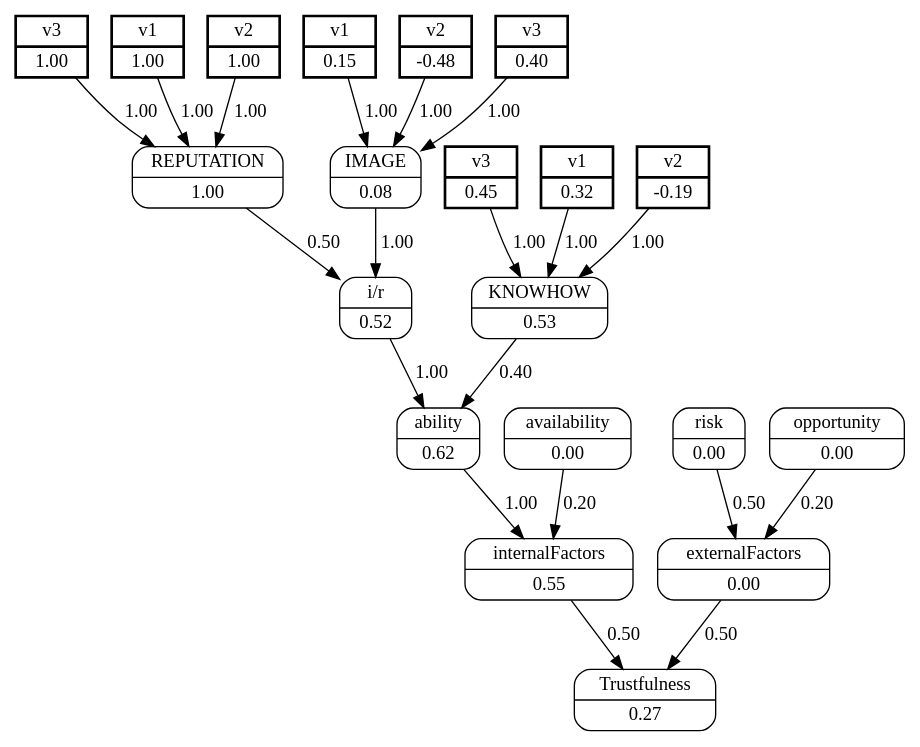
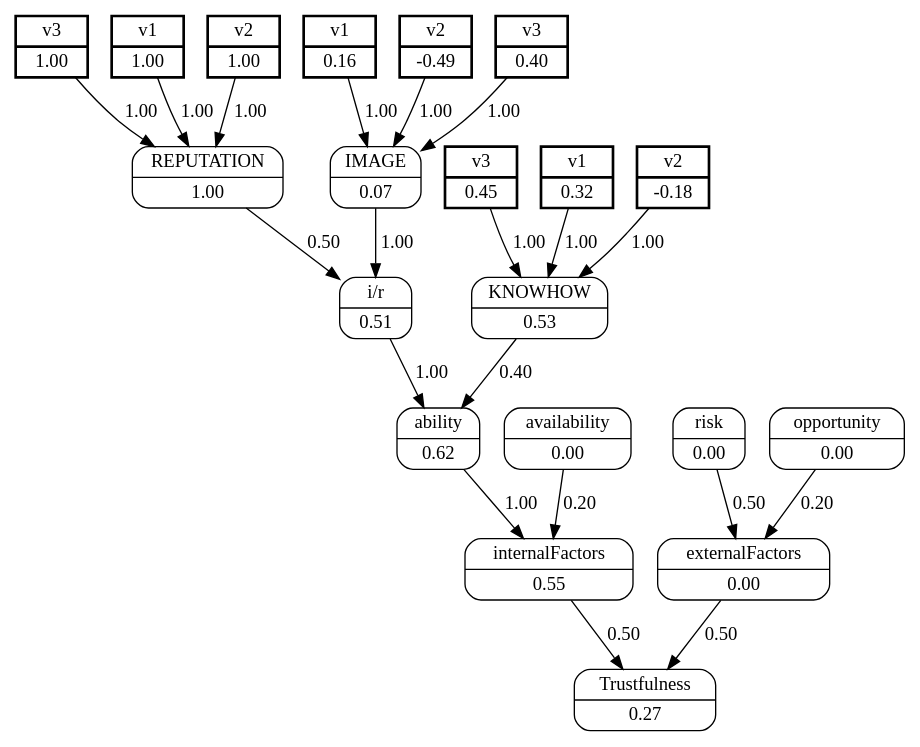
One commit to jjbaqueta/Trust-Model changed the diagram in trustExperiment/dots/ag2ag1.dot. Above: the diagram before and after it, drawn with Graphviz. The commit also changed 19 other files, not shown here.

```diff
--- a/trustExperiment/dots/ag2ag1.dot
+++ b/trustExperiment/dots/ag2ag1.dot
@@ -1,47 +1,47 @@
 digraph FCM_net{
 	node [shape=record, style=rounded]
-	11 [label="{v1 | 0.15}", style=bold, penwidth=2, peripheries=2];
-	12 [label="{v2 | -0.48}", style=bold, penwidth=2, peripheries=2];
+	11 [label="{v1 | 0.16}", style=bold, penwidth=2, peripheries=2];
+	12 [label="{v2 | -0.49}", style=bold, penwidth=2, peripheries=2];
 	13 [label="{v3 | 0.40}", style=bold, penwidth=2, peripheries=2];
 	14 [label="{v1 | 1.00}", style=bold, penwidth=2, peripheries=2];
 	15 [label="{v2 | 1.00}", style=bold, penwidth=2, peripheries=2];
 	16 [label="{v3 | 1.00}", style=bold, penwidth=2, peripheries=2];
 	17 [label="{v1 | 0.32}", style=bold, penwidth=2, peripheries=2];
-	18 [label="{v2 | -0.19}", style=bold, penwidth=2, peripheries=2];
+	18 [label="{v2 | -0.18}", style=bold, penwidth=2, peripheries=2];
 	19 [label="{v3 | 0.45}", style=bold, penwidth=2, peripheries=2];
-	0 [label="{IMAGE | 0.08}"];
+	0 [label="{IMAGE | 0.07}"];
 	1 [label="{REPUTATION | 1.00}"];
 	2 [label="{KNOWHOW | 0.53}"];
-	3 [label="{i/r | 0.52}"];
+	3 [label="{i/r | 0.51}"];
 	4 [label="{ability | 0.62}"];
 	5 [label="{availability | 0.00}"];
 	6 [label="{internalFactors | 0.55}"];
 	7 [label="{risk | 0.00}"];
 	8 [label="{opportunity | 0.00}"];
 	9 [label="{externalFactors | 0.00}"];
 	10 [label="{Trustfulness | 0.27}"];
-	11 [label="{v1 | 0.15}"];
-	12 [label="{v2 | -0.48}"];
+	11 [label="{v1 | 0.16}"];
+	12 [label="{v2 | -0.49}"];
 	13 [label="{v3 | 0.40}"];
 	15 [label="{v2 | 1.00}"];
 	17 [label="{v1 | 0.32}"];
 	0 -> 3 [label = "1.00"];
 	1 -> 3 [label = "0.50"];
 	3 -> 4 [label = "1.00"];
 	2 -> 4 [label = "0.40"];
 	4 -> 6 [label = "1.00"];
 	5 -> 6 [label = "0.20"];
 	6 -> 10 [label = "0.50"];
 	7 -> 9 [label = "0.50"];
 	8 -> 9 [label = "0.20"];
 	9 -> 10 [label = "0.50"];
 	11 -> 0 [label = "1.00"];
 	12 -> 0 [label = "1.00"];
 	13 -> 0 [label = "1.00"];
 	14 -> 1 [label = "1.00"];
 	15 -> 1 [label = "1.00"];
 	16 -> 1 [label = "1.00"];
 	17 -> 2 [label = "1.00"];
 	18 -> 2 [label = "1.00"];
 	19 -> 2 [label = "1.00"];
 }
```
